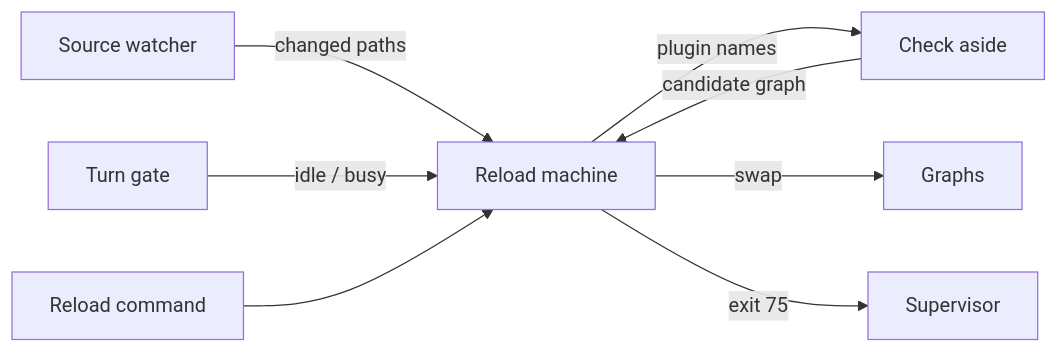
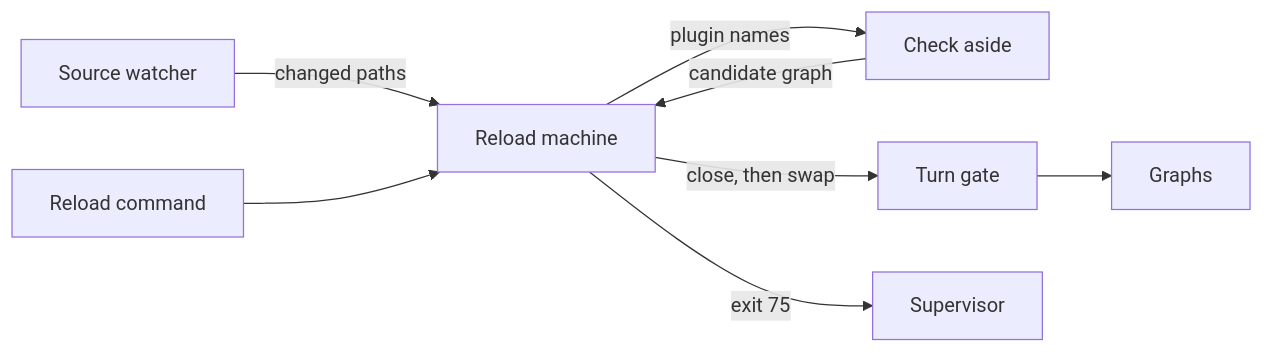
Before and after one commit to shanepadgett/liminal: the first of 2 diagrams in docs/plans/reload.md, drawn with Mermaid. The commit also changed other lines of this file and 53 other files, not shown here.

````diff
--- a/docs/plans/reload.md
+++ b/docs/plans/reload.md
@@ -17,10 +17,10 @@
 ```mermaid
 flowchart LR
   watch[Source watcher] -->|changed paths| machine[Reload machine]
-  gate[Turn gate] -->|idle / busy| machine
   cmd[Reload command] --> machine
   machine -->|plugin names| check[Check aside]
   check -->|candidate graph| machine
-  machine -->|swap| graphs[Graphs]
+  machine -->|close, then swap| gate[Turn gate]
+  gate --> graphs[Graphs]
   machine -->|exit 75| sup[Supervisor]
 ```
````
